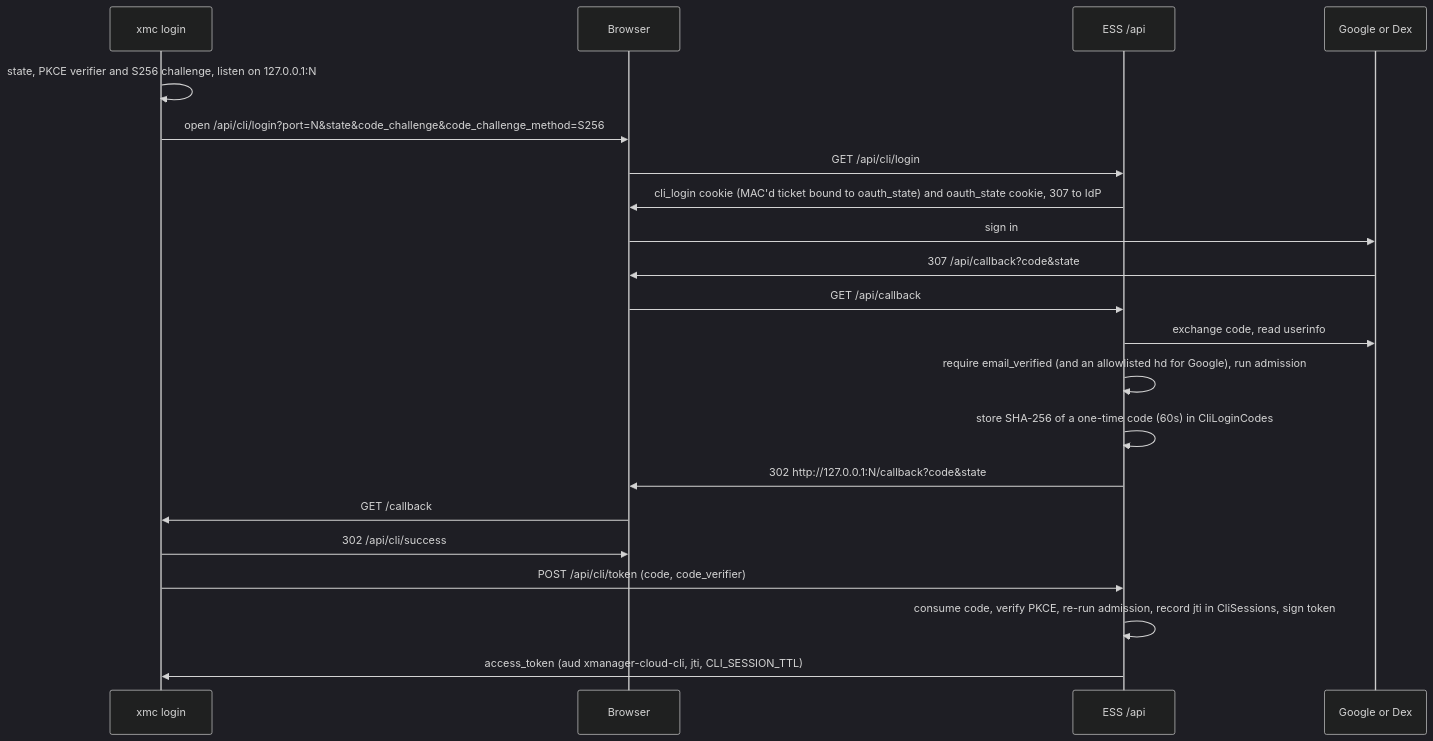
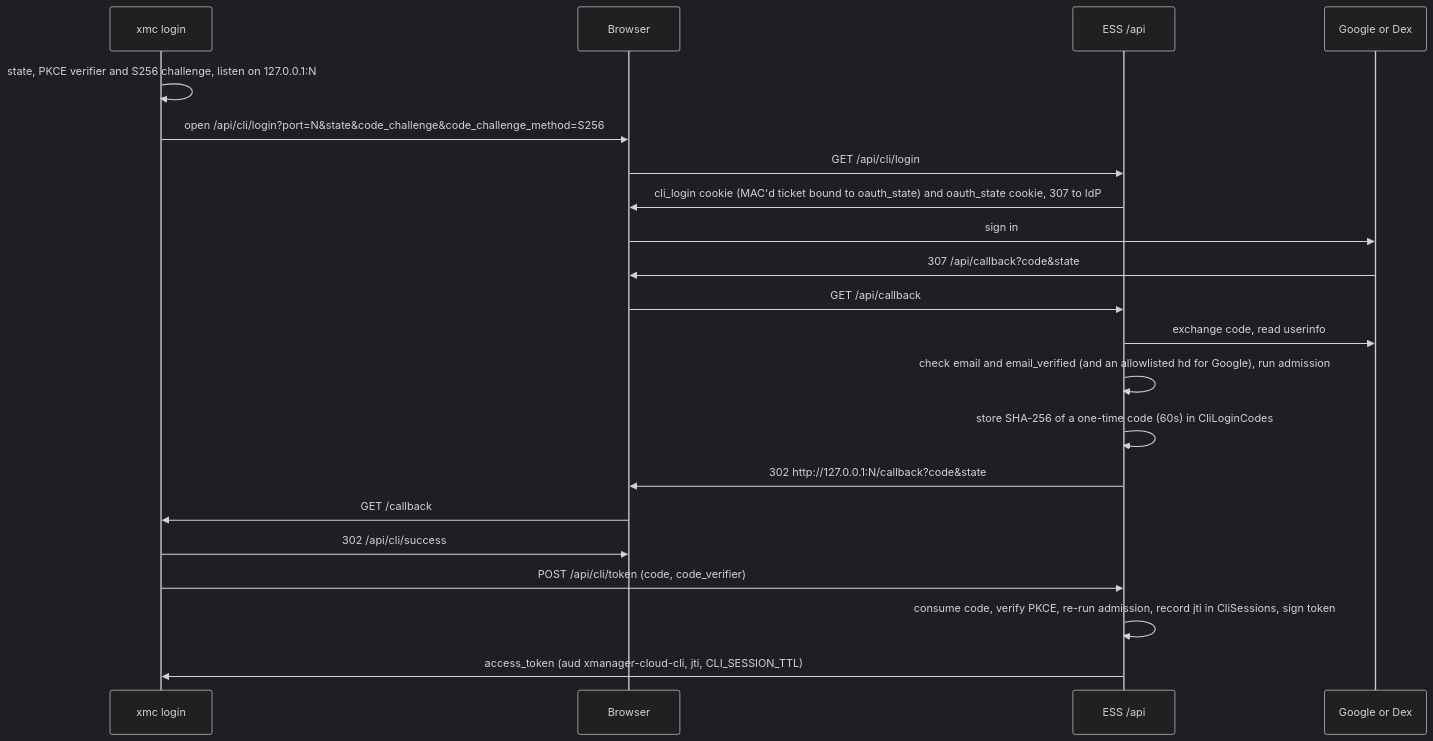
The second of 3 diagrams in docs/design/gateway.md (google/xmc), drawn with Mermaid (dark theme) before and after one commit. The commit also changed other lines of this file and 25 other files, not shown here.

First line of the commit message:
feat(auth): configurable email verification policy for non-Google identity providers

````diff
--- a/docs/design/gateway.md
+++ b/docs/design/gateway.md
@@ -145,23 +145,23 @@
 ```mermaid
 sequenceDiagram
     participant CLI as xmc login
     participant B as Browser
     participant ESS as ESS /api
     participant IdP as Google or Dex
     CLI->>CLI: state, PKCE verifier and S256 challenge, listen on 127.0.0.1:N
     CLI->>B: open /api/cli/login?port=N&state&code_challenge&code_challenge_method=S256
     B->>ESS: GET /api/cli/login
     ESS->>B: cli_login cookie (MAC'd ticket bound to oauth_state) and oauth_state cookie, 307 to IdP
     B->>IdP: sign in
     IdP->>B: 307 /api/callback?code&state
     B->>ESS: GET /api/callback
     ESS->>IdP: exchange code, read userinfo
-    ESS->>ESS: require email_verified (and an allowlisted hd for Google), run admission
+    ESS->>ESS: check email and email_verified (and an allowlisted hd for Google), run admission
     ESS->>ESS: store SHA-256 of a one-time code (60s) in CliLoginCodes
     ESS->>B: 302 http://127.0.0.1:N/callback?code&state
     B->>CLI: GET /callback
     CLI->>B: 302 /api/cli/success
     CLI->>ESS: POST /api/cli/token (code, code_verifier)
     ESS->>ESS: consume code, verify PKCE, re-run admission, record jti in CliSessions, sign token
     ESS->>CLI: access_token (aud xmanager-cloud-cli, jti, CLI_SESSION_TTL)
 ```
````
